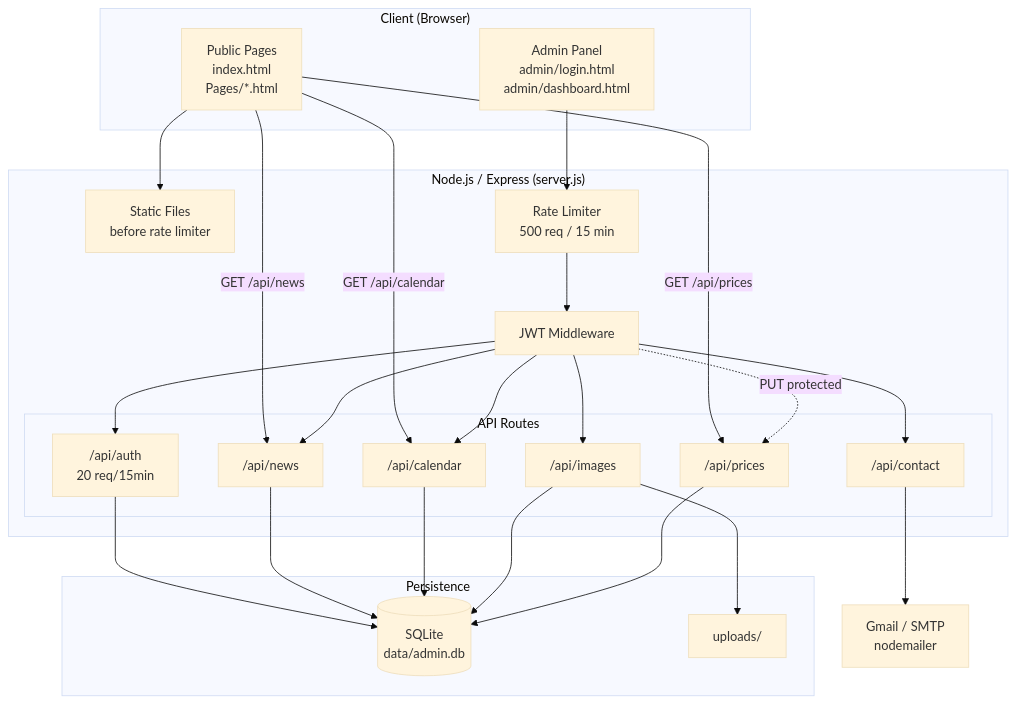
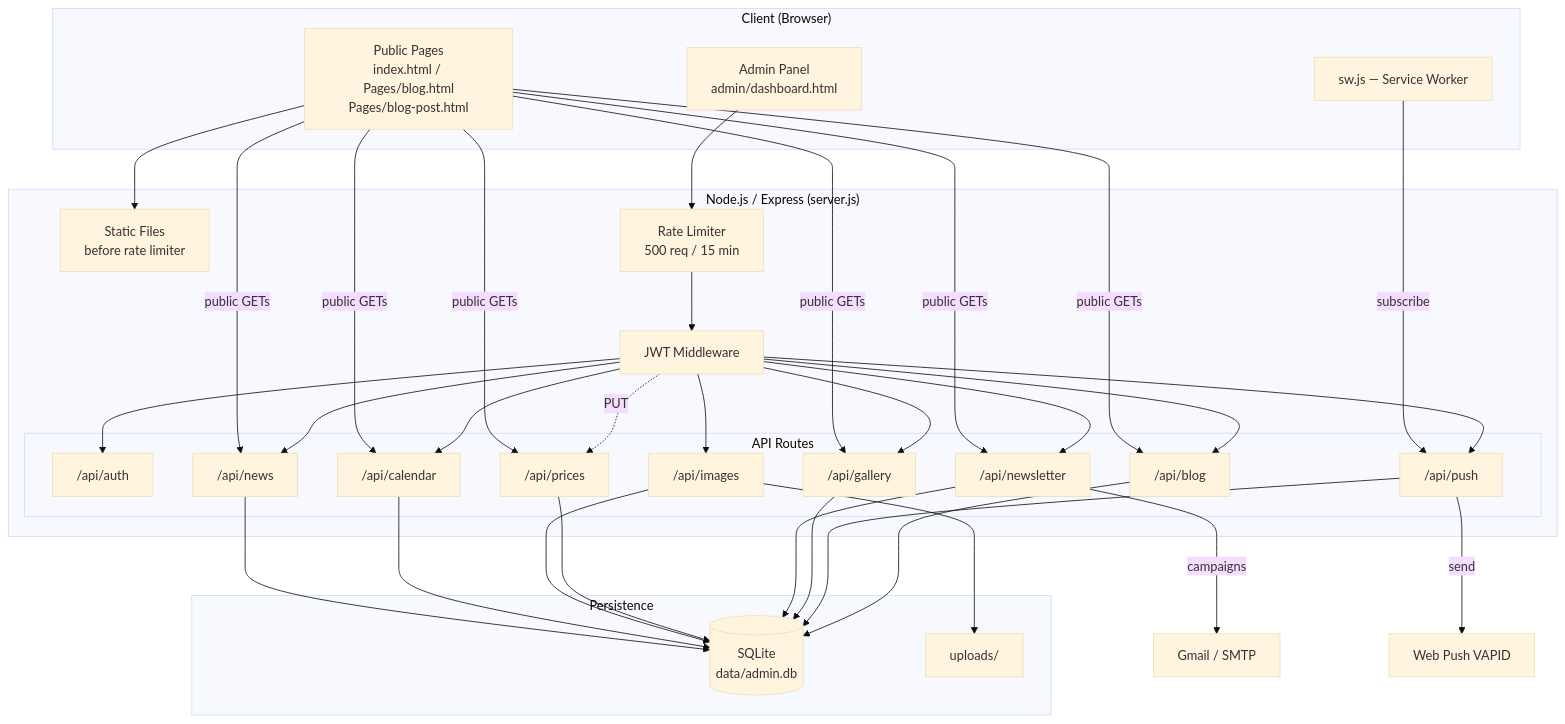
Before and after one commit to aairom/ajj-clone: the first of 2 diagrams in README.md, drawn with Mermaid (base theme). The commit also changed other lines of this file and 4 other files, not shown here.

````diff
--- a/README.md
+++ b/README.md
@@ -9,40 +9,45 @@
 ```mermaid
 graph TB
     subgraph Client["Client (Browser)"]
-        PUB[Public Pages<br/>index.html<br/>Pages/*.html]
-        ADM[Admin Panel<br/>admin/login.html<br/>admin/dashboard.html]
+        PUB[Public Pages<br/>index.html / Pages/blog.html<br/>Pages/blog-post.html]
+        ADM[Admin Panel<br/>admin/dashboard.html]
+        SW[sw.js — Service Worker]
     end
 
     subgraph Server["Node.js / Express (server.js)"]
         STATIC[Static Files<br/>before rate limiter]
         RL[Rate Limiter<br/>500 req / 15 min]
         AUTH_MW[JWT Middleware]
 
         subgraph Routes["API Routes"]
-            R_AUTH["/api/auth<br/>20 req/15min"]
+            R_AUTH["/api/auth"]
             R_NEWS["/api/news"]
             R_CAL["/api/calendar"]
-            R_CONTACT["/api/contact"]
             R_IMG["/api/images"]
             R_PRC["/api/prices"]
+            R_NL["/api/newsletter"]
+            R_GAL["/api/gallery"]
+            R_PUSH["/api/push"]
+            R_BLOG["/api/blog"]
         end
     end
 
     subgraph Storage["Persistence"]
         DB[(SQLite<br/>data/admin.db)]
         FS[uploads/]
     end
 
-    SMTP[Gmail / SMTP<br/>nodemailer]
+    SMTP[Gmail / SMTP]
+    WEBPUSH[Web Push VAPID]
 
     PUB --> STATIC
-    PUB -->|GET /api/news| R_NEWS
-    PUB -->|GET /api/calendar| R_CAL
-    PUB -->|GET /api/prices| R_PRC
+    PUB -->|public GETs| R_NEWS & R_CAL & R_PRC & R_GAL & R_BLOG & R_NL
+    SW -->|subscribe| R_PUSH
     ADM --> RL --> AUTH_MW
-    AUTH_MW --> R_AUTH & R_NEWS & R_CAL & R_CONTACT & R_IMG
-    AUTH_MW -.->|PUT protected| R_PRC
-    R_AUTH & R_NEWS & R_CAL & R_IMG & R_PRC --> DB
+    AUTH_MW --> R_AUTH & R_NEWS & R_CAL & R_IMG & R_NL & R_GAL & R_PUSH & R_BLOG
+    AUTH_MW -.->|PUT| R_PRC
+    R_NEWS & R_CAL & R_IMG & R_PRC & R_NL & R_GAL & R_PUSH & R_BLOG --> DB
     R_IMG --> FS
-    R_CONTACT --> SMTP
+    R_NL -->|campaigns| SMTP
+    R_PUSH -->|send| WEBPUSH
 ```
````
